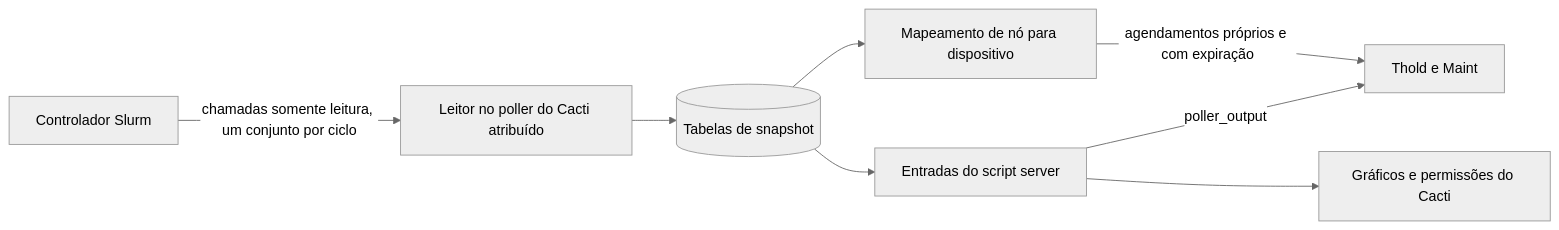
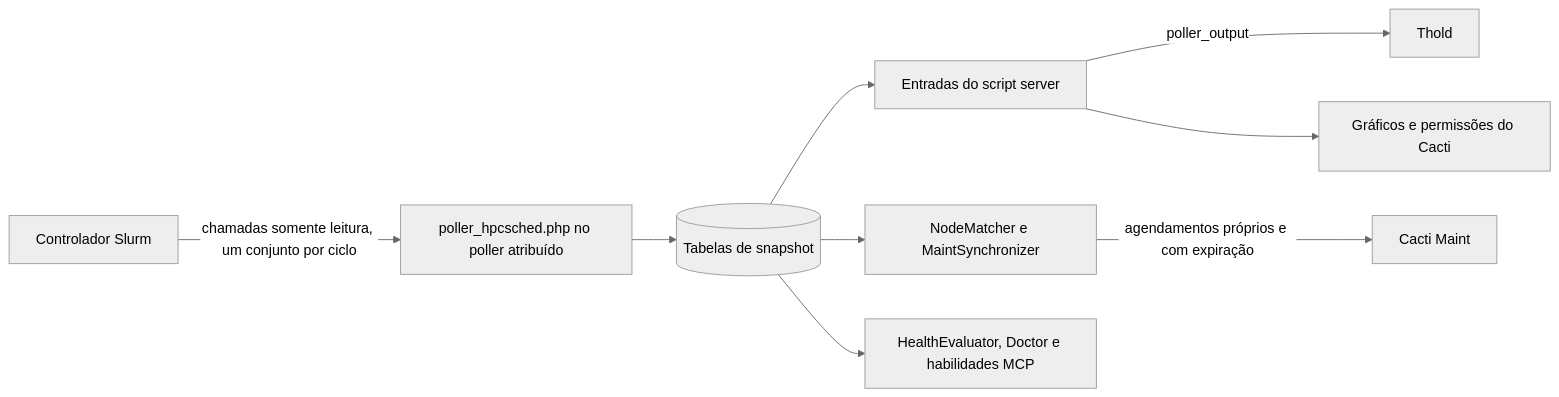
One commit to somethingwithproof/plugin_hpcsched changed the diagram in docs/i18n/pt-BR/README.md. Above: the diagram before and after it, drawn with Mermaid (neutral theme). The commit also changed other lines of this file and 48 other files, not shown here.

````diff
--- a/docs/i18n/pt-BR/README.md
+++ b/docs/i18n/pt-BR/README.md
@@ -109,10 +163,11 @@
 ```mermaid
 flowchart LR
-    S[Controlador Slurm] -->|chamadas somente leitura, um conjunto por ciclo| R[Leitor no poller do Cacti atribuído]
+    S[Controlador Slurm] -->|chamadas somente leitura, um conjunto por ciclo| R[poller_hpcsched.php no poller atribuído]
     R --> SNAP[(Tabelas de snapshot)]
     SNAP --> SS[Entradas do script server]
-    SS -->|poller_output| T[Thold e Maint]
+    SS -->|poller_output| T[Thold]
     SS --> G[Gráficos e permissões do Cacti]
-    SNAP --> MAP[Mapeamento de nó para dispositivo]
-    MAP -->|agendamentos próprios e com expiração| T
+    SNAP --> MAP[NodeMatcher e MaintSynchronizer]
+    MAP -->|agendamentos próprios e com expiração| M[Cacti Maint]
+    SNAP --> H[HealthEvaluator, Doctor e habilidades MCP]
 ```
````
